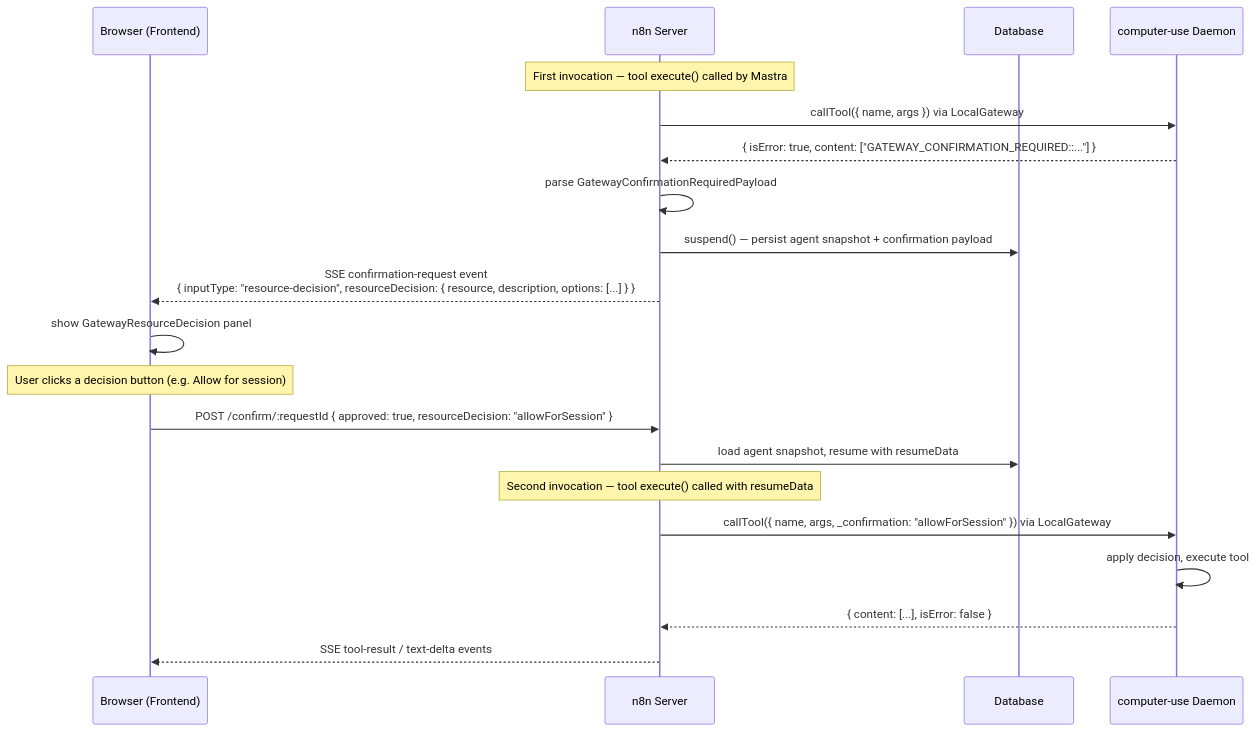
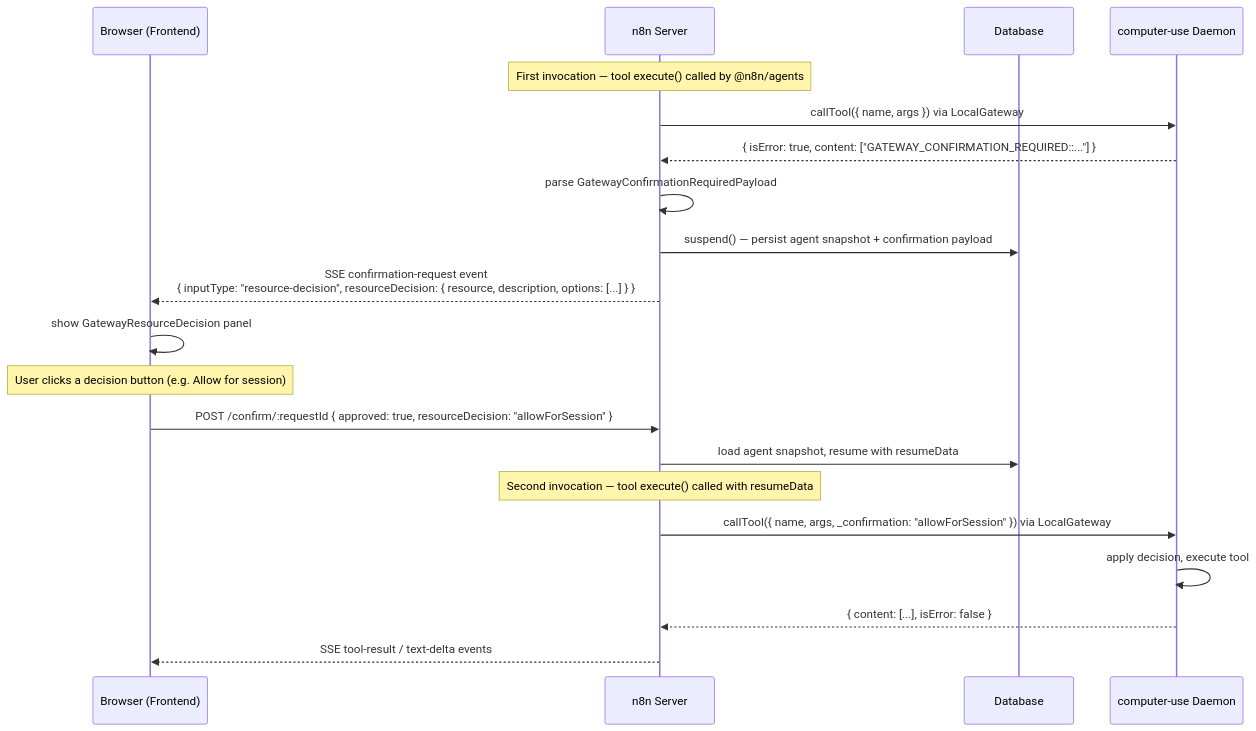
One commit to ggrace519/n8n changed the fifth of 5 diagrams in packages/@n8n/computer-use/spec/technical-spec.md. Above: the diagram before and after it, drawn with Mermaid. The commit also changed other lines of this file and 11 other files, not shown here.

````diff
--- a/packages/@n8n/computer-use/spec/technical-spec.md
+++ b/packages/@n8n/computer-use/spec/technical-spec.md
@@ -312,25 +312,25 @@
 ```mermaid
 sequenceDiagram
     participant FE as Browser (Frontend)
     participant SRV as n8n Server
     participant DB as Database
     participant D as computer-use Daemon
 
-    Note over SRV: First invocation — tool execute() called by Mastra
+    Note over SRV: First invocation — tool execute() called by @n8n/agents
     SRV->>D: callTool({ name, args }) via LocalGateway
     D-->>SRV: { isError: true, content: ["GATEWAY_CONFIRMATION_REQUIRED::..."] }
     SRV->>SRV: parse GatewayConfirmationRequiredPayload
     SRV->>DB: suspend() — persist agent snapshot + confirmation payload
     SRV-->>FE: SSE confirmation-request event<br/>{ inputType: "resource-decision", resourceDecision: { resource, description, options: [...] } }
 
     FE->>FE: show GatewayResourceDecision panel
     Note over FE: User clicks a decision button (e.g. Allow for session)
     FE->>SRV: POST /confirm/:requestId { approved: true, resourceDecision: "allowForSession" }
     SRV->>DB: load agent snapshot, resume with resumeData
 
     Note over SRV: Second invocation — tool execute() called with resumeData
     SRV->>D: callTool({ name, args, _confirmation: "allowForSession" }) via LocalGateway
     D->>D: apply decision, execute tool
     D-->>SRV: { content: [...], isError: false }
     SRV-->>FE: SSE tool-result / text-delta events
 ```
````
